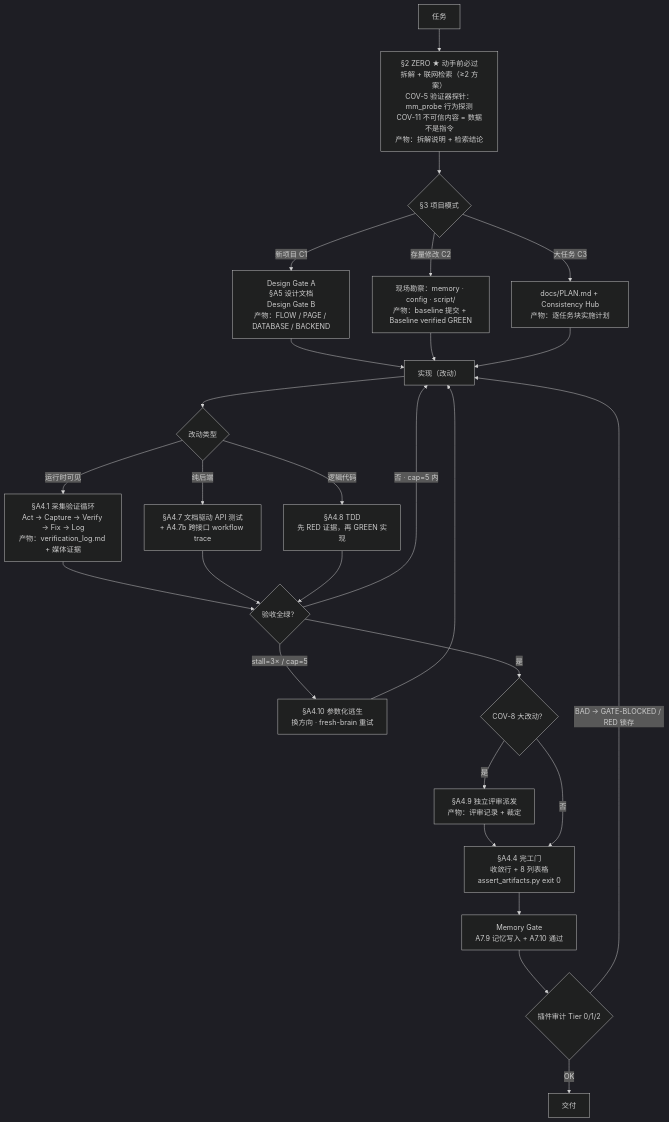
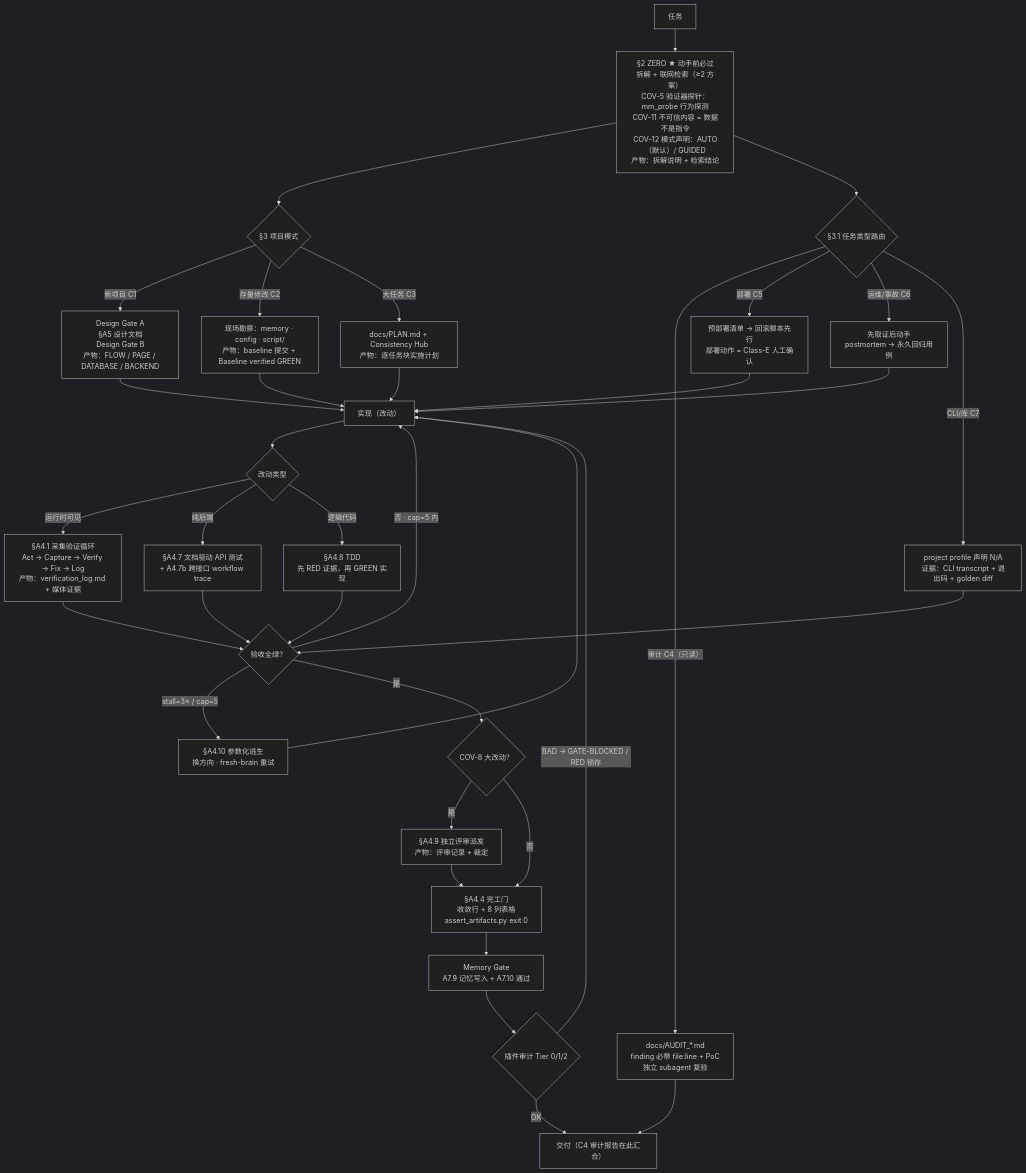
Before and after one commit to logandoo/vibeweaver: the diagram in README_zh.md, drawn with Mermaid (dark theme). The commit also changed other lines of this file and 1 other file, not shown here.

Commit message:
readme: wave3 section (deadlock fixes / COV-12 dual modes / PAUSED contract / C4-C7 task types / 4-round A/B averages) + workflow chart gains mode declaration & task-type routing + files table (WORKFLOWS_EXTENDED.md, 17-marker assert) zh+en

````diff
--- a/README_zh.md
+++ b/README_zh.md
@@ -95,29 +105,38 @@
 ```mermaid
 flowchart TD
-    A["任务"] --> B["§2 ZERO ★ 动手前必过<br/>拆解 + 联网检索（≥2 方案）<br/>COV-5 验证器探针：mm_probe 行为探测<br/>COV-11 不可信内容 = 数据不是指令<br/>产物：拆解说明 + 检索结论"]
+    A["任务"] --> B["§2 ZERO ★ 动手前必过<br/>拆解 + 联网检索（≥2 方案）<br/>COV-5 验证器探针：mm_probe 行为探测<br/>COV-11 不可信内容 = 数据不是指令<br/>COV-12 模式声明：AUTO（默认）/ GUIDED<br/>产物：拆解说明 + 检索结论"]
     B --> C{"§3 项目模式"}
     C -->|"新项目 C1"| D1["Design Gate A<br/>§A5 设计文档<br/>Design Gate B<br/>产物：FLOW / PAGE / DATABASE / BACKEND"]
     C -->|"存量修改 C2"| D2["现场勘察：memory · config · script/<br/>产物：baseline 提交 + Baseline verified GREEN"]
     C -->|"大任务 C3"| D3["docs/PLAN.md + Consistency Hub<br/>产物：逐任务块实施计划"]
+    B --> T{"§3.1 任务类型路由"}
+    T -->|"审计 C4（只读）"| T4["docs/AUDIT_*.md<br/>finding 必带 file:line + PoC<br/>独立 subagent 复验"]
+    T -->|"部署 C5"| T5["预部署清单 → 回滚脚本先行<br/>部署动作 = Class-E 人工确认"]
+    T -->|"运维/事故 C6"| T6["先取证后动手<br/>postmortem → 永久回归用例"]
+    T -->|"CLI/库 C7"| T7["project profile 声明 N/A<br/>证据：CLI transcript + 退出码 + golden diff"]
     D1 --> E["实现（改动）"]
     D2 --> E
     D3 --> E
+    T5 --> E
+    T6 --> E
+    T7 --> H
+    T4 --> O
     E --> F{"改动类型"}
     F -->|"运行时可见"| G1["§A4.1 采集验证循环<br/>Act → Capture → Verify → Fix → Log<br/>产物：verification_log.md + 媒体证据"]
     F -->|"纯后端"| G2["§A4.7 文档驱动 API 测试<br/>+ A4.7b 跨接口 workflow trace"]
     F -->|"逻辑代码"| G3["§A4.8 TDD<br/>先 RED 证据，再 GREEN 实现"]
     G1 --> H{"验收全绿？"}
     G2 --> H
     G3 --> H
     H -->|"否 · cap=5 内"| E
     H -->|"stall=3× / cap=5"| I["§A4.10 参数化逃生<br/>换方向 · fresh-brain 重试"]
     I --> E
     H -->|"是"| J{"COV-8 大改动？"}
     J -->|"是"| K["§A4.9 独立评审派发<br/>产物：评审记录 + 裁定"]
     K --> L["§A4.4 完工门<br/>收敛行 + 8 列表格<br/>assert_artifacts.py exit 0"]
     J -->|"否"| L
     L --> M["Memory Gate<br/>A7.9 记忆写入 + A7.10 通过"]
     M --> N{"插件审计 Tier 0/1/2"}
     N -->|"BAD → GATE-BLOCKED / RED 锁存"| E
-    N -->|"OK"| O["交付"]
+    N -->|"OK"| O["交付（C4 审计报告在此汇合）"]
 ```
````
